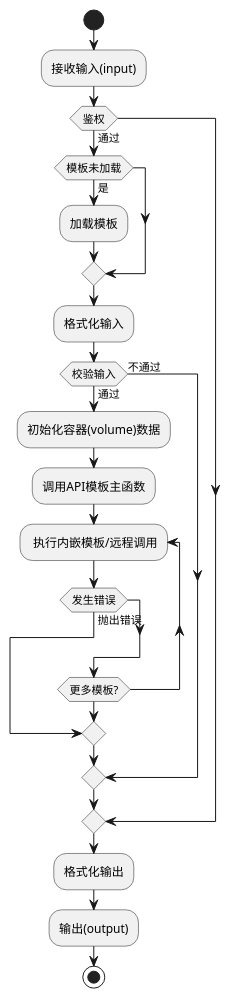
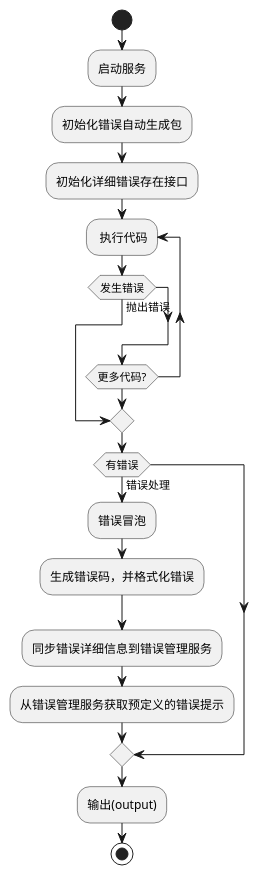
The fourth of 4 diagrams in README.md (suifengpiao14/errorformater), drawn with PlantUML before and after one commit. The commit also changed other lines of this file and 10 other files, not shown here.

````diff
--- a/README.md
+++ b/README.md
@@ -173,27 +124,23 @@
 ```plantuml
 @startuml
 
 start
-  :接收输入(input);
-  if(鉴权) then(通过)
-  if(模板未加载) then(是)
-   :加载模板;
- endif
-:格式化输入;
-if (校验输入) equals(通过)then
-:初始化容器(volume)数据;
-:调用API模板主函数;
-repeat: 执行内嵌模板/远程调用;
+  :启动服务;
+  :初始化错误自动生成包;
+  :初始化详细错误存在接口;
+repeat: 执行代码;
 if(发生错误) then(抛出错误)
 break
 endif
-repeat while (更多模板?)
-else(不通过)
+repeat while (更多代码?)
+if(有错误)then(错误处理)
+:错误冒泡;
+:生成错误码，并格式化错误;
+:同步错误详细信息到错误管理服务;
+:从错误管理服务获取预定义的错误提示;
+else 
 endif
-endif
-:格式化输出;
 :输出(output);
 stop
 @enduml
-
 ```
````
